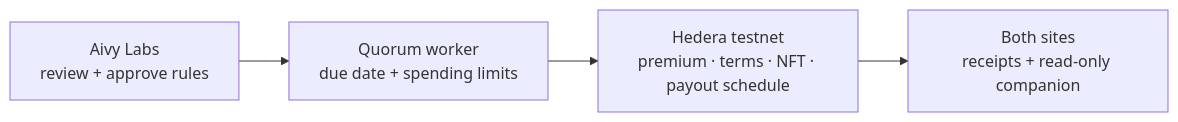
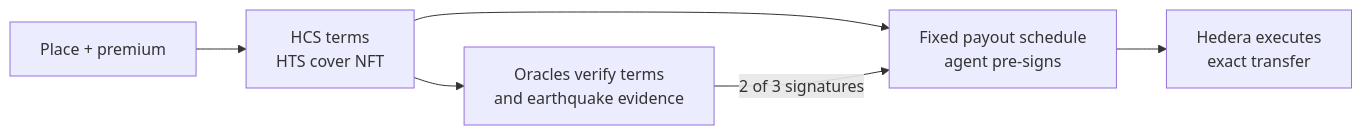
One commit to jmgomezl/aivy-parametric-pool changed the first of 3 diagrams in README.md. Above: the diagram before and after it, drawn with Mermaid. The commit also changed other lines of this file and 12 other files, not shown here.

````diff
--- a/README.md
+++ b/README.md
@@ -70,6 +44,8 @@
 ```mermaid
 flowchart LR
-  A["Aivy Labs<br/>review + approve rules"] --> G["Quorum worker<br/>due date + spending limits"]
-  G --> H["Hedera testnet<br/>premium · terms · NFT · payout schedule"]
-  H --> R["Both sites<br/>receipts + read-only companion"]
+  P["Place + premium"] --> T["HCS terms<br/>HTS cover NFT"]
+  T --> S["Fixed payout schedule<br/>agent pre-signs"]
+  T --> O["Oracles verify terms<br/>and earthquake evidence"]
+  O -->|"2 of 3 signatures"| S
+  S --> H["Hedera executes<br/>exact transfer"]
 ```
````
